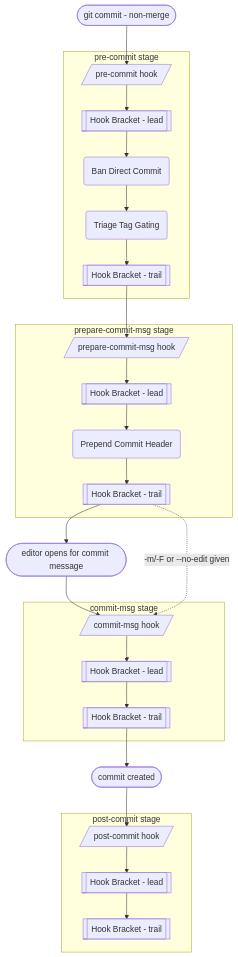
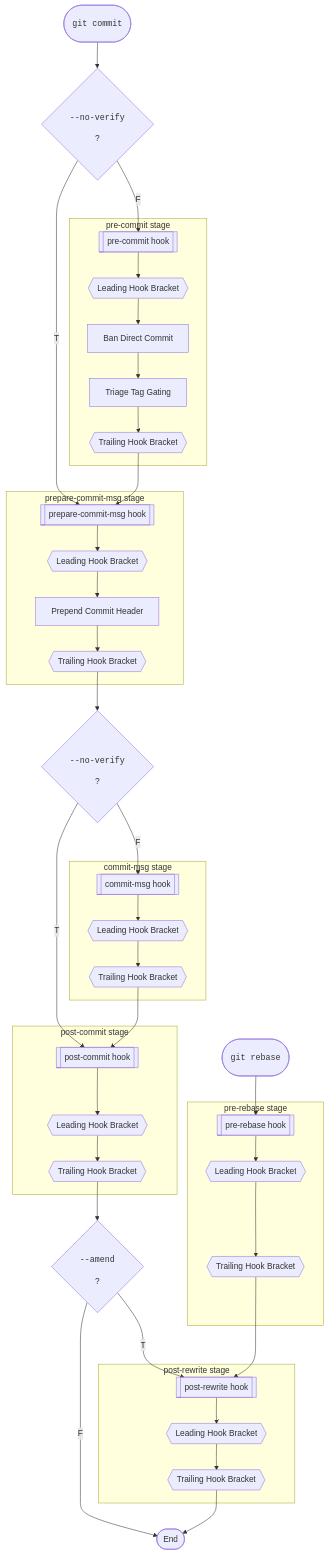
The first of 3 diagrams in docs/chain_doc.md (kami-lel/hupy), drawn with Mermaid before and after one commit. The commit also changed other lines of this file, not shown here.

First line of the commit message:
docs: rewrite commit chain diagrams—split Regular/Merge flowcharts

````diff
--- a/docs/chain_doc.md
+++ b/docs/chain_doc.md
@@ -76,38 +76,56 @@
 ```mermaid
 flowchart TD
-    commit([git commit - non-merge])
+    A([<pre><code>git commit</code></pre>])
+    R([<pre><code>git rebase</code></pre>])
 
-    %% pre-commit stage
+    A --> B{<pre><code>--no-verify</code></pre>?}
+
     subgraph precommit [pre-commit stage]
-        pre[/pre-commit hook/] --> lead1[[Hook Bracket - lead]]
-        lead1 --> bdc(Ban Direct Commit) --> ttg(Triage Tag Gating)
-        ttg --> trail1[[Hook Bracket - trail]]
+        C[[pre-commit hook]] --> C1{{Leading Hook Bracket}}
+        C1 --> E1[Ban Direct Commit]
+        E1 --> E2[Triage Tag Gating]
+        E2 --> C2{{Trailing Hook Bracket}}
     end
+    B -->|F| C
 
-    %% prepare-commit-msg stage
     subgraph preparemsg [prepare-commit-msg stage]
-        prep[/prepare-commit-msg hook/] --> lead2[[Hook Bracket - lead]]
-        lead2 --> pch(Prepend Commit Header)
-        pch --> trail2[[Hook Bracket - trail]]
+        F[[prepare-commit-msg hook]] --> F1{{Leading Hook Bracket}}
+        F1 --> G[Prepend Commit Header]
+        G --> F2{{Trailing Hook Bracket}}
     end
+    B -->|T| F
+    C2 --> F
 
-    %% commit-msg stage
+    F2 --> H{<pre><code>--no-verify</code></pre>?}
+
     subgraph commitmsg [commit-msg stage]
-        cmsg[/commit-msg hook/] --> lead2b[[Hook Bracket - lead]]
-        lead2b --> trail2b[[Hook Bracket - trail]]
+        I[[commit-msg hook]] --> I1{{Leading Hook Bracket}}
+        I1 --> I2{{Trailing Hook Bracket}}
     end
+    H -->|F| I
 
-    %% post-commit stage
     subgraph postcommit [post-commit stage]
-        post[/post-commit hook/] --> lead3[[Hook Bracket - lead]]
-        lead3 --> trail3[[Hook Bracket - trail]]
+        L[[post-commit hook]] --> L1{{Leading Hook Bracket}}
+        L1 --> L2{{Trailing Hook Bracket}}
     end
+    H -->|T| L
+    I2 --> L
 
-    commit --> pre
-    trail1 --> prep
-    trail2 --> editmsg([editor opens for commit message])
-    editmsg --> cmsg
-    trail2 -. "-m/-F or --no-edit given" .-> cmsg
-    trail2b --> created([commit created])
-    created --> post
+    L2 --> N{<pre><code>--amend</code></pre>?}
+
+    subgraph prerebase [pre-rebase stage]
+        prb[[pre-rebase hook]] --> lead0{{Leading Hook Bracket}}
+        lead0 --> trail0{{Trailing Hook Bracket}}
+    end
+    R --> prb
+
+    subgraph postrewrite [post-rewrite stage]
+        O[[post-rewrite hook]] --> O1{{Leading Hook Bracket}}
+        O1 --> O2{{Trailing Hook Bracket}}
+    end
+    N -->|T| O
+    trail0 --> O
+
+    N -->|F| P([End])
+    O2 --> P
 ```
````
